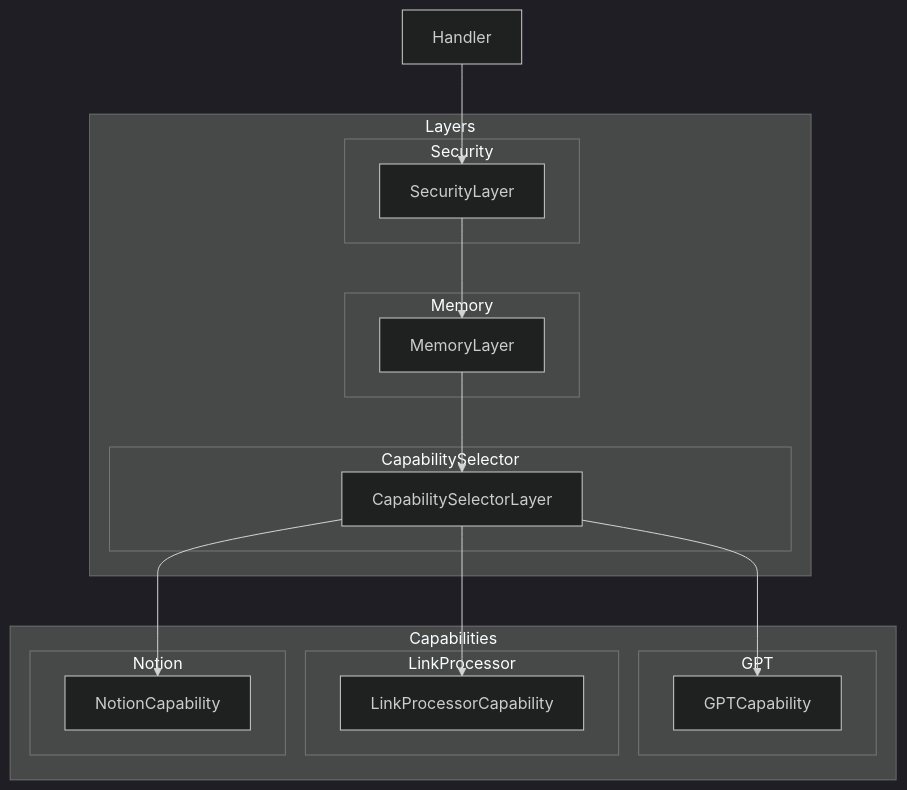
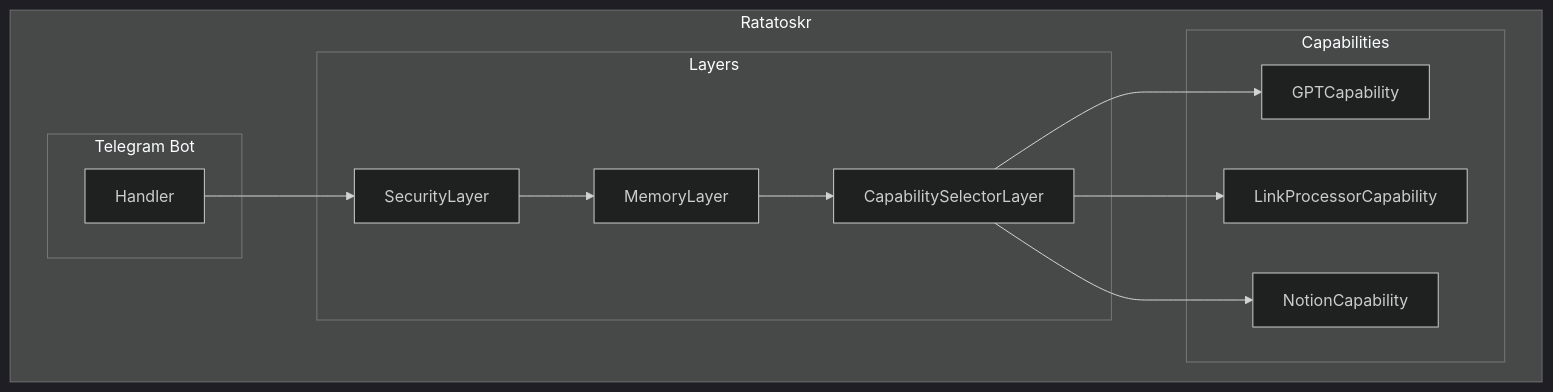
Before and after one commit to divanvisagie/ratatoskr: the first of 2 diagrams in README.md, drawn with Mermaid (dark theme).

````diff
--- a/README.md
+++ b/README.md
@@ -64,34 +64,26 @@
 ```mermaid
 
 graph TD
-    H[Handler]
-    subgraph Layers
-        subgraph Security
+    subgraph Ratatoskr
+        subgraph Telegram Bot
+            H[Handler]
+        end
+        subgraph Layers
             SL[SecurityLayer]
-        end
-        subgraph Memory
             ML[MemoryLayer]
-        end
-        subgraph CapabilitySelector
             CS[CapabilitySelectorLayer]
         end
-    end
-    subgraph Capabilities
-        subgraph GPT
+        subgraph Capabilities
             G[GPTCapability]
-        end
-        subgraph LinkProcessor
             C[LinkProcessorCapability]
-        end
-        subgraph Notion
             N[NotionCapability]
         end
+        H --> SL
+        SL --> ML
+        ML --> CS
+        CS --> G
+        CS --> C
+        CS --> N
     end
-    H --> SL
-    SL --> ML
-    ML --> CS
-    CS --> G
-    CS --> C
-    CS --> N
 
 ```
````
